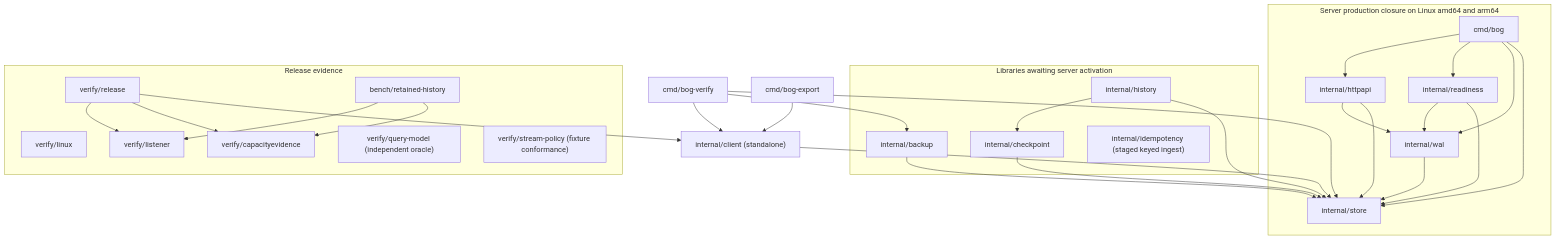
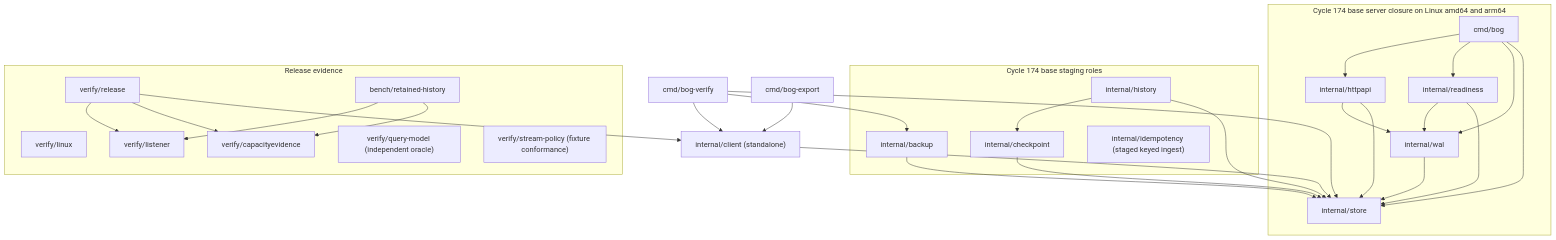
One commit to tflynn3/bog changed the diagram in docs/architecture/SYSTEM.md. Above: the diagram before and after it, drawn with Mermaid. The commit also changed other lines of this file and 3 other files, not shown here.

````diff
--- a/docs/architecture/SYSTEM.md
+++ b/docs/architecture/SYSTEM.md
@@ -48,51 +48,51 @@
 ```mermaid
 flowchart TD
-    subgraph Runtime["Server production closure on Linux amd64 and arm64"]
+    subgraph Runtime["Cycle 174 base server closure on Linux amd64 and arm64"]
         Cmd["cmd/bog"]
         HTTP["internal/httpapi"]
         Ready["internal/readiness"]
         WAL["internal/wal"]
         Store["internal/store"]
         Cmd --> HTTP
         Cmd --> Ready
         Cmd --> WAL
         Cmd --> Store
         HTTP --> WAL
         HTTP --> Store
         Ready --> WAL
         Ready --> Store
         WAL --> Store
     end
     Operator["cmd/bog-verify"]
     Export["cmd/bog-export"]
-    subgraph Staged["Libraries awaiting server activation"]
+    subgraph Staged["Cycle 174 base staging roles"]
         Checkpoint["internal/checkpoint"]
         History["internal/history"]
         Backup["internal/backup"]
         Idempotency["internal/idempotency (staged keyed ingest)"]
         History --> Checkpoint
     end
     Client["internal/client (standalone)"]
     Checkpoint --> Store
     History --> Store
     Backup --> Store
     Operator --> Backup
     Operator --> Client
     Operator --> Store
     Export --> Client
     Client --> Store
     subgraph Evidence["Release evidence"]
         Admission["verify/release"]
         Durability["verify/linux"]
         Capacity["bench/retained-history"]
         CapacityEvidence["verify/capacityevidence"]
         Listener["verify/listener"]
         Model["verify/query-model (independent oracle)"]
         StreamPolicy["verify/stream-policy (fixture conformance)"]
         Admission --> Listener
         Capacity --> Listener
         Admission --> CapacityEvidence
         Capacity --> CapacityEvidence
     end
     Admission --> Client
 ```
````
